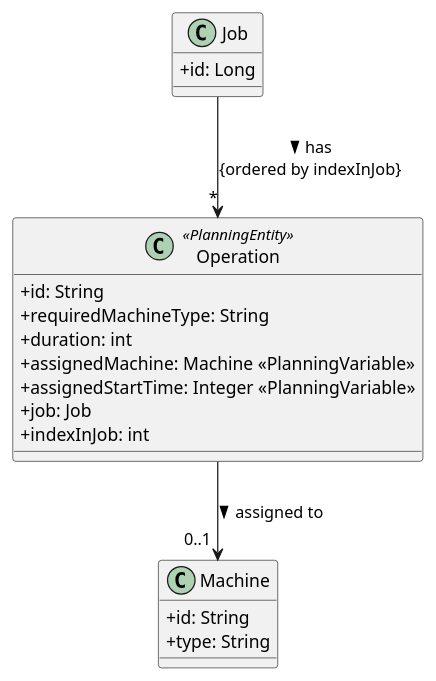
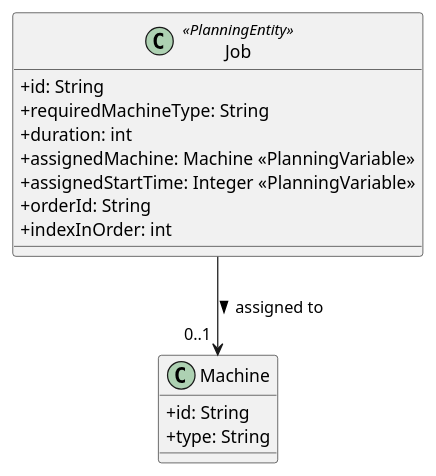
The diagram in doc/model.puml (maglagla/timefold-production-schedule), drawn with PlantUML before and after one commit. The commit also changed 6 other files, not shown here.

```diff
--- a/doc/model.puml
+++ b/doc/model.puml
@@ -1,26 +1,21 @@
 @startuml
 skinparam classAttributeIconSize 0
 
-class Job {
-  +id: Long
-}
-
-class Operation <<PlanningEntity>> {
+class Job <<PlanningEntity>> {
   +id: String
   +requiredMachineType: String
   +duration: int
   +assignedMachine: Machine <<PlanningVariable>>
   +assignedStartTime: Integer <<PlanningVariable>>
-  +job: Job
-  +indexInJob: int
+  +orderId: String
+  +indexInOrder: int
 }
 
 class Machine {
   +id: String
   +type: String
 }
 
-Job --> "*"  Operation : has >\n{ordered by indexInJob}
-Operation --> "0..1 " Machine : assigned to >
+Job --> "0..1 " Machine : assigned to >
 
 @enduml
```
